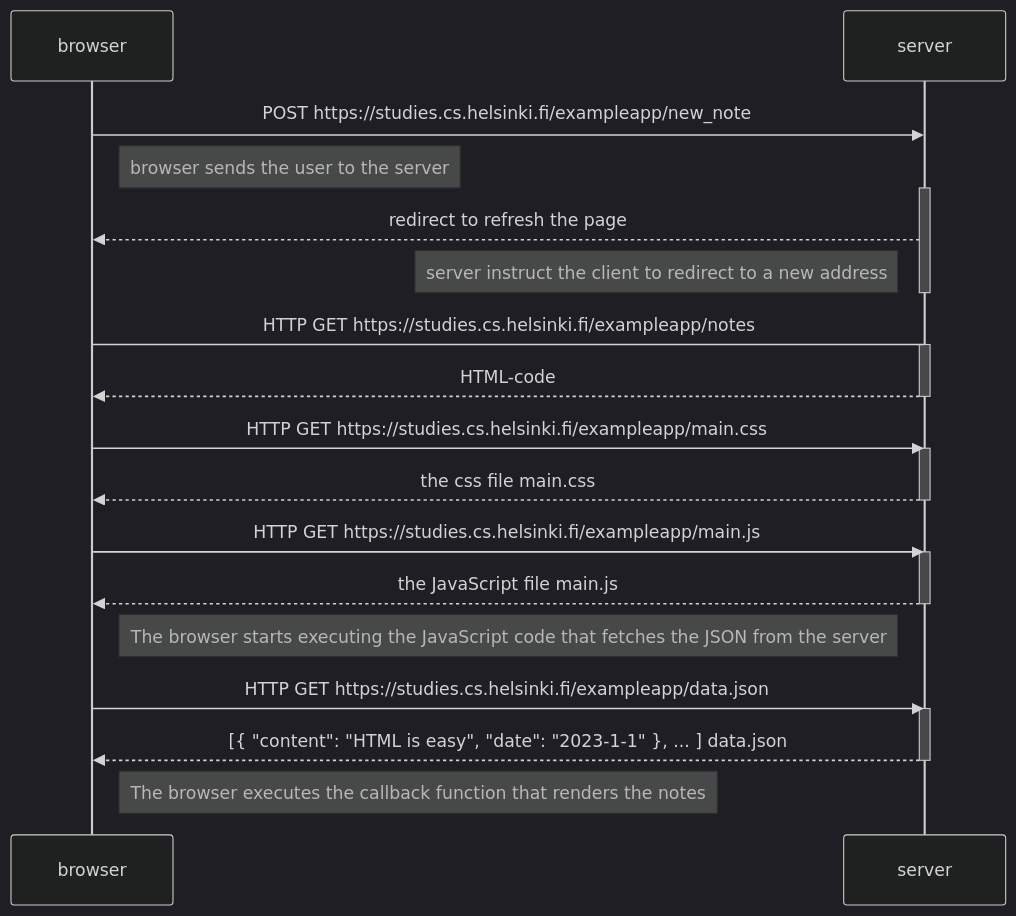
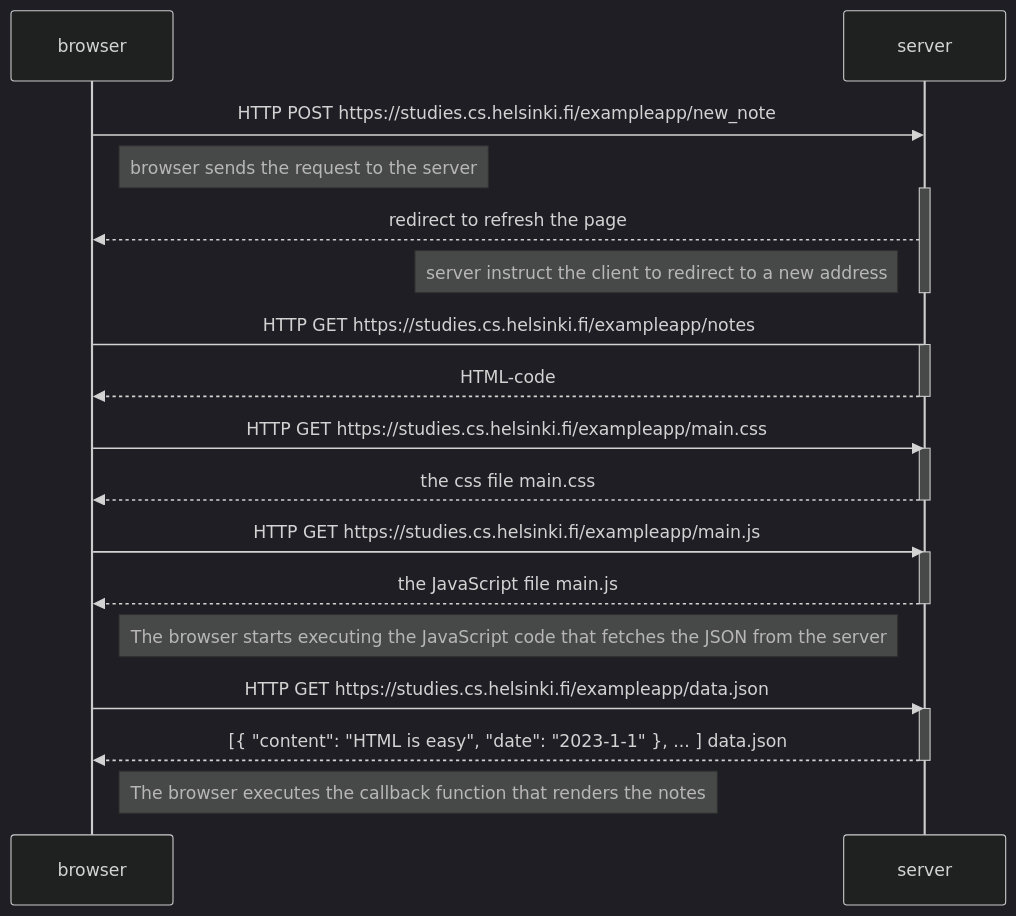
One commit to acnq/fullstackHelsinkiAssign changed the diagram in part0/0.4_newNodeDiag/0.4.md. Above: the diagram before and after it, drawn with Mermaid (dark theme). The commit also changed 10 other files, not shown here.

````diff
--- a/part0/0.4_newNodeDiag/0.4.md
+++ b/part0/0.4_newNodeDiag/0.4.md
@@ -2,39 +2,39 @@
 ```mermaid
 sequenceDiagram
   participant browser
   participant server
 
-  browser->>server: POST https://studies.cs.helsinki.fi/exampleapp/new_note 
+  browser->>server: HTTP POST https://studies.cs.helsinki.fi/exampleapp/new_note 
 
-  note right of browser: browser sends the user to the server
+  note right of browser: browser sends the request to the server
 
   activate server
   server-->>browser: redirect to refresh the page
   note left of server: server instruct the client to redirect to a new address
   deactivate server
 
   browser->server: HTTP GET https://studies.cs.helsinki.fi/exampleapp/notes
   activate server 
   server-->>browser: HTML-code
   deactivate server
 
   browser->>server: HTTP GET https://studies.cs.helsinki.fi/exampleapp/main.css
   activate server
   server-->>browser: the css file main.css
   deactivate server
 
   browser->>server: HTTP GET https://studies.cs.helsinki.fi/exampleapp/main.js
 
   activate server
   server-->>browser: the JavaScript file main.js
   deactivate server
 
   Note right of browser: The browser starts executing the JavaScript code that fetches the JSON from the server
 
   browser->>server: HTTP GET https://studies.cs.helsinki.fi/exampleapp/data.json
   activate server
   server-->>browser: [{ "content": "HTML is easy", "date": "2023-1-1" }, ... ] data.json
   deactivate server
 
   Note right of browser: The browser executes the callback function that renders the notes
 ```
````
